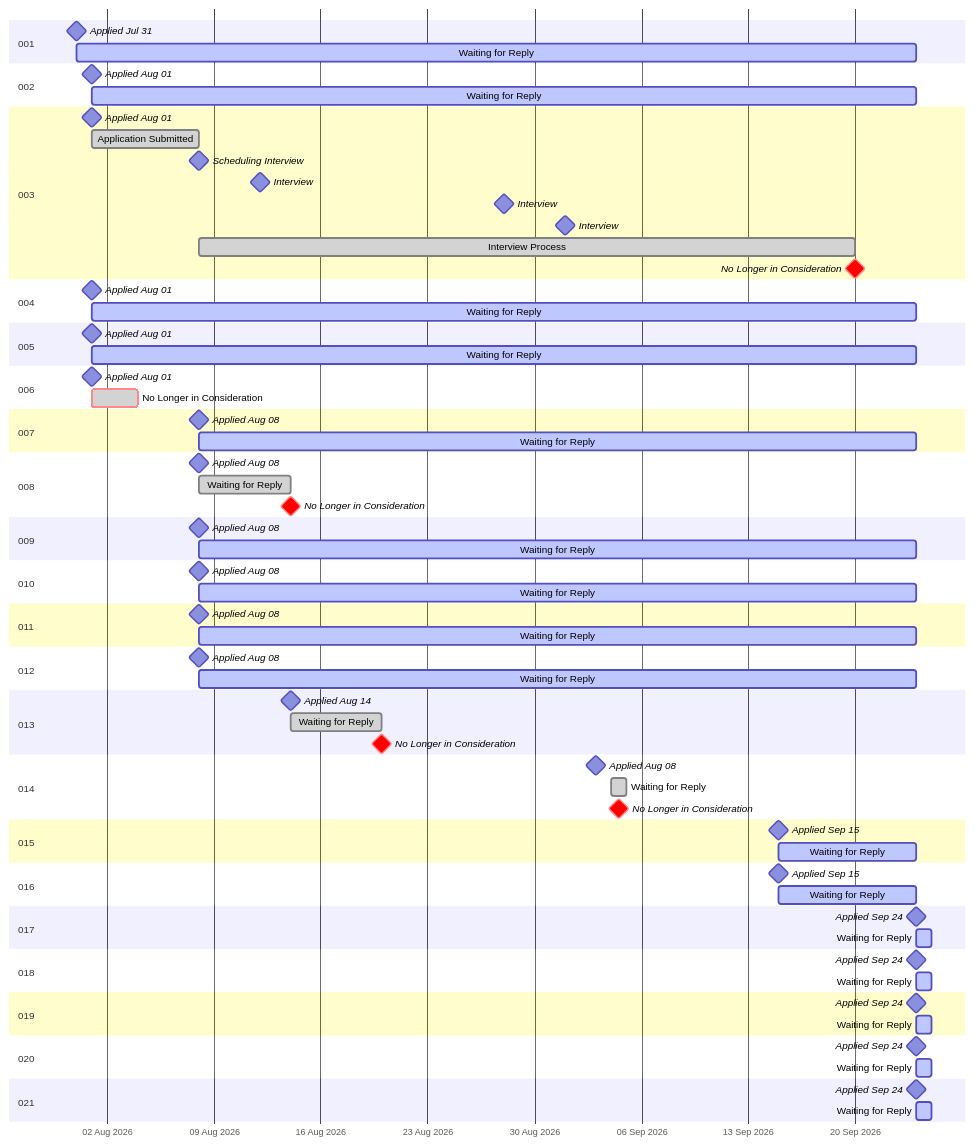
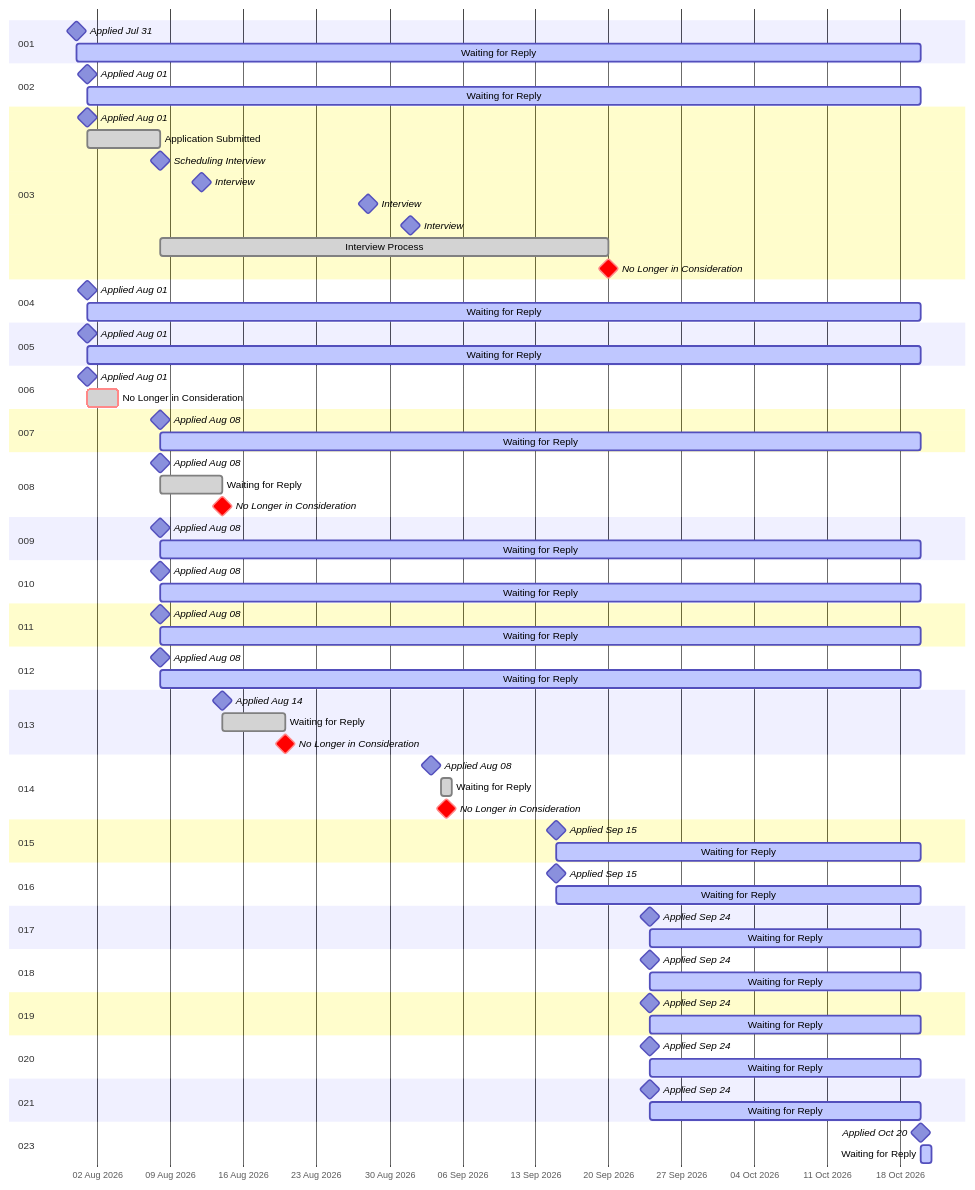
Before and after one commit to RileyBeenders/rileybeenders.com: the diagram in README.md, drawn with Mermaid. The commit also changed other lines of this file and 4 other files, not shown here.

````diff
--- a/README.md
+++ b/README.md
@@ -16,11 +16,11 @@
 
     section 001
     Applied Jul 31                  :milestone, 2026-07-31, 0d
-    Waiting for Reply               :active, 2026-07-31, 55d
+    Waiting for Reply               :active, 2026-07-31, 81d
 
     section 002
     Applied Aug 01                  :milestone, 2026-08-01, 0d
-    Waiting for Reply               :active, 2026-08-01, 54d
+    Waiting for Reply               :active, 2026-08-01, 80d
 
     section 003
     Applied Aug 01                  :milestone, 2026-08-01, 0d
@@ -34,11 +34,11 @@
 
     section 004
     Applied Aug 01                  :milestone, 2026-08-01, 0d
-    Waiting for Reply               :active, 2026-08-01, 54d
+    Waiting for Reply               :active, 2026-08-01, 80d
 
     section 005
     Applied Aug 01                  :milestone, 2026-08-01, 0d
-    Waiting for Reply               :active, 2026-08-01, 54d
+    Waiting for Reply               :active, 2026-08-01, 80d
 
     section 006
     Applied Aug 01                  :milestone, 2026-08-01, 0d
@@ -46,7 +46,7 @@
 
     section 007
     Applied Aug 08                  :milestone, 2026-08-08, 0d
-    Waiting for Reply               :active, 2026-08-08, 47d
+    Waiting for Reply               :active, 2026-08-08, 73d
 
     section 008
     Applied Aug 08                  :milestone, 2026-08-08, 0d
@@ -55,19 +55,19 @@
 
     section 009
     Applied Aug 08                  :milestone, 2026-08-08, 0d
-    Waiting for Reply               :active, 2026-08-08, 47d
+    Waiting for Reply               :active, 2026-08-08, 73d
 
     section 010
     Applied Aug 08                  :milestone, 2026-08-08, 0d
-    Waiting for Reply               :active, 2026-08-08, 47d
+    Waiting for Reply               :active, 2026-08-08, 73d
 
     section 011
     Applied Aug 08                  :milestone, 2026-08-08, 0d
-    Waiting for Reply               :active, 2026-08-08, 47d
+    Waiting for Reply               :active, 2026-08-08, 73d
 
     section 012
     Applied Aug 08                  :milestone, 2026-08-08, 0d
-    Waiting for Reply               :active, 2026-08-08, 47d
+    Waiting for Reply               :active, 2026-08-08, 73d
 
     section 013
     Applied Aug 14                  :milestone, 2026-08-14, 0d
@@ -81,29 +81,33 @@
 
     section 015
     Applied Sep 15                  :milestone, 2026-09-15, 0d
-    Waiting for Reply               :active, 2026-09-15, 9d
+    Waiting for Reply               :active, 2026-09-15, 35d
 
     section 016
     Applied Sep 15                  :milestone, 2026-09-15, 0d
-    Waiting for Reply               :active, 2026-09-15, 9d
+    Waiting for Reply               :active, 2026-09-15, 35d
 
     section 017
     Applied Sep 24                  :milestone, 2026-09-24, 0d
-    Waiting for Reply               :active, 2026-09-24, 1d
+    Waiting for Reply               :active, 2026-09-24, 26d
 
     section 018
     Applied Sep 24                  :milestone, 2026-09-24, 0d
-    Waiting for Reply               :active, 2026-09-24, 1d
+    Waiting for Reply               :active, 2026-09-24, 26d
 
     section 019
     Applied Sep 24                  :milestone, 2026-09-24, 0d
-    Waiting for Reply               :active, 2026-09-24, 1d
+    Waiting for Reply               :active, 2026-09-24, 26d
 
     section 020
     Applied Sep 24                  :milestone, 2026-09-24, 0d
-    Waiting for Reply               :active, 2026-09-24, 1d
+    Waiting for Reply               :active, 2026-09-24, 26d
 
     section 021
     Applied Sep 24                  :milestone, 2026-09-24, 0d
-    Waiting for Reply               :active, 2026-09-24, 1d
+    Waiting for Reply               :active, 2026-09-24, 26d
+
+    section 023
+    Applied Oct 20                  :milestone, 2026-10-20, 0d
+    Waiting for Reply               :active, 2026-10-20, 1d
 ```
````
